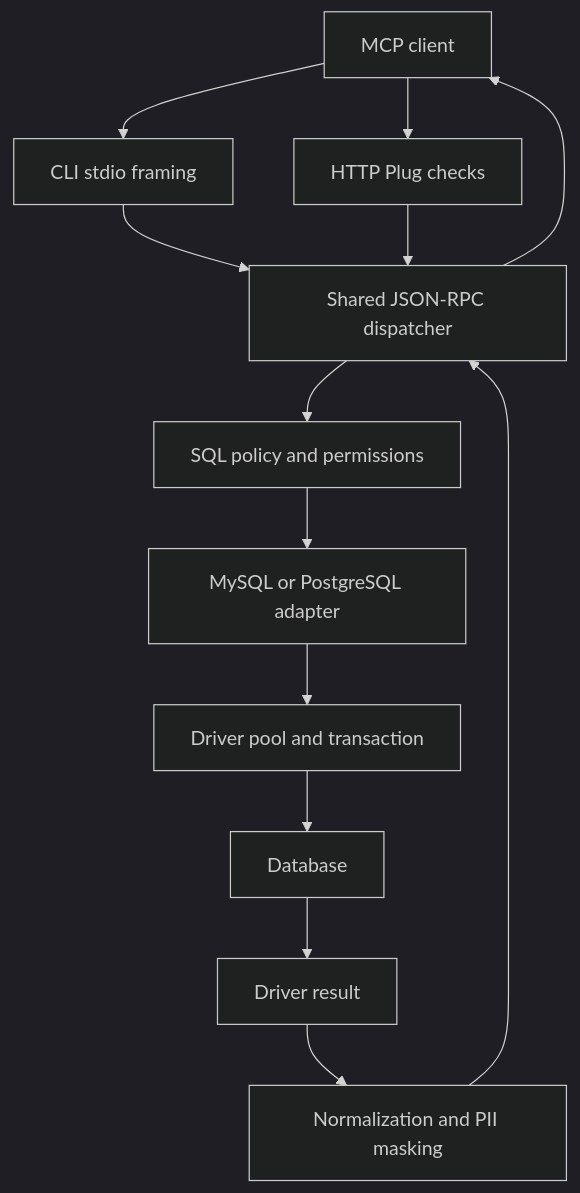
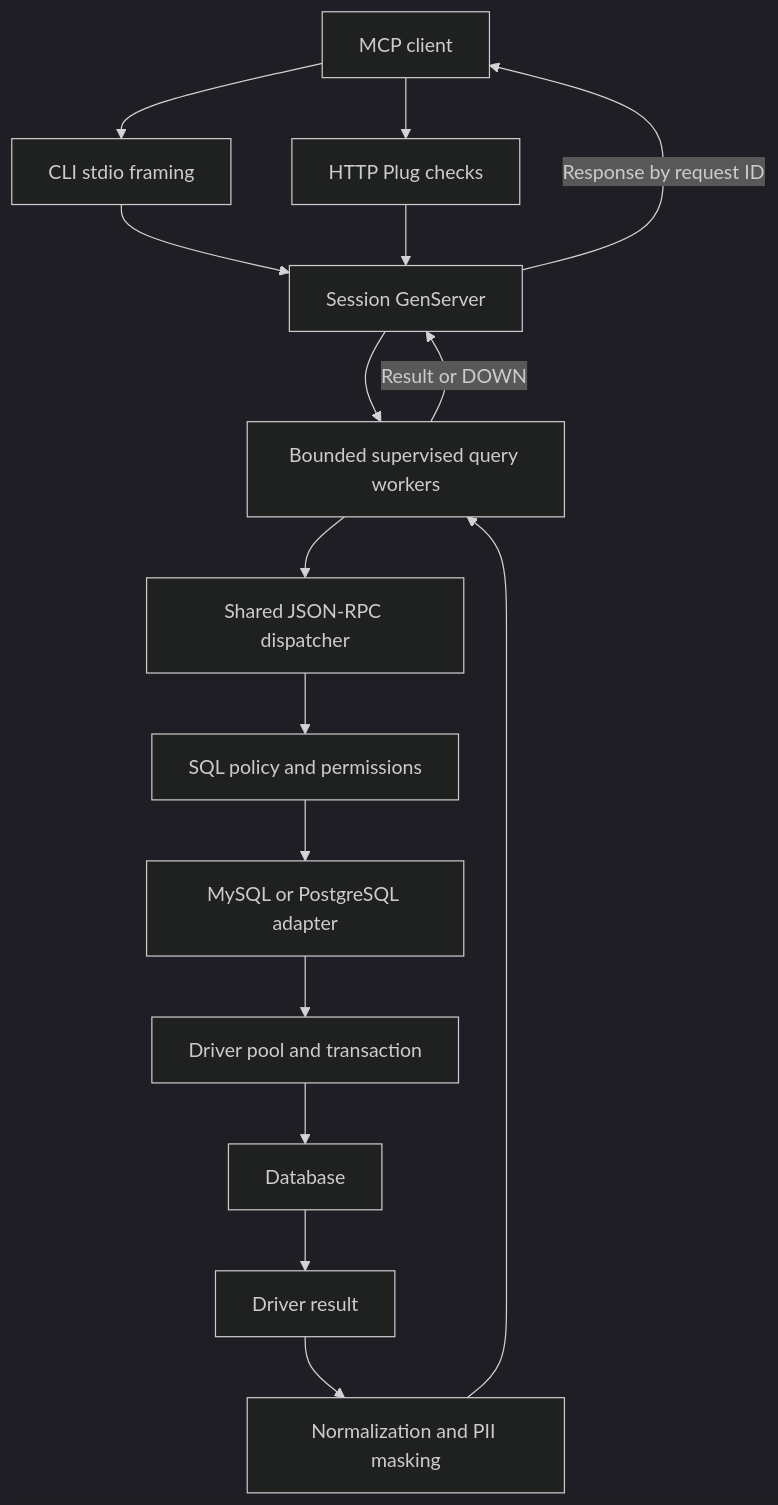
One commit to mpakus/mcp-server-db changed the diagram in docs/DEVELOPER-GUIDE.md. Above: the diagram before and after it, drawn with Mermaid (dark theme). The commit also changed other lines of this file and 29 other files, not shown here.

Commit message:
feat: GenServer per MCP session, sharing DB pool

````diff
--- a/docs/DEVELOPER-GUIDE.md
+++ b/docs/DEVELOPER-GUIDE.md
@@ -36,15 +39,18 @@
 ```mermaid
 flowchart TD
   Client["MCP client"] --> Stdio["CLI stdio framing"]
   Client --> Http["HTTP Plug checks"]
-  Stdio --> Server["Shared JSON-RPC dispatcher"]
-  Http --> Server
+  Stdio --> Session["Session GenServer"]
+  Http --> Session
+  Session --> Worker["Bounded supervised query workers"]
+  Worker --> Server["Shared JSON-RPC dispatcher"]
+  Worker -->|"Result or DOWN"| Session
   Server --> Policy["SQL policy and permissions"]
   Policy --> Adapter["MySQL or PostgreSQL adapter"]
   Adapter --> Pool["Driver pool and transaction"]
   Pool --> Database["Database"]
   Database --> Result["Driver result"]
   Result --> Redact["Normalization and PII masking"]
-  Redact --> Server
-  Server --> Client
+  Redact --> Worker
+  Session -->|"Response by request ID"| Client
 ```
````
